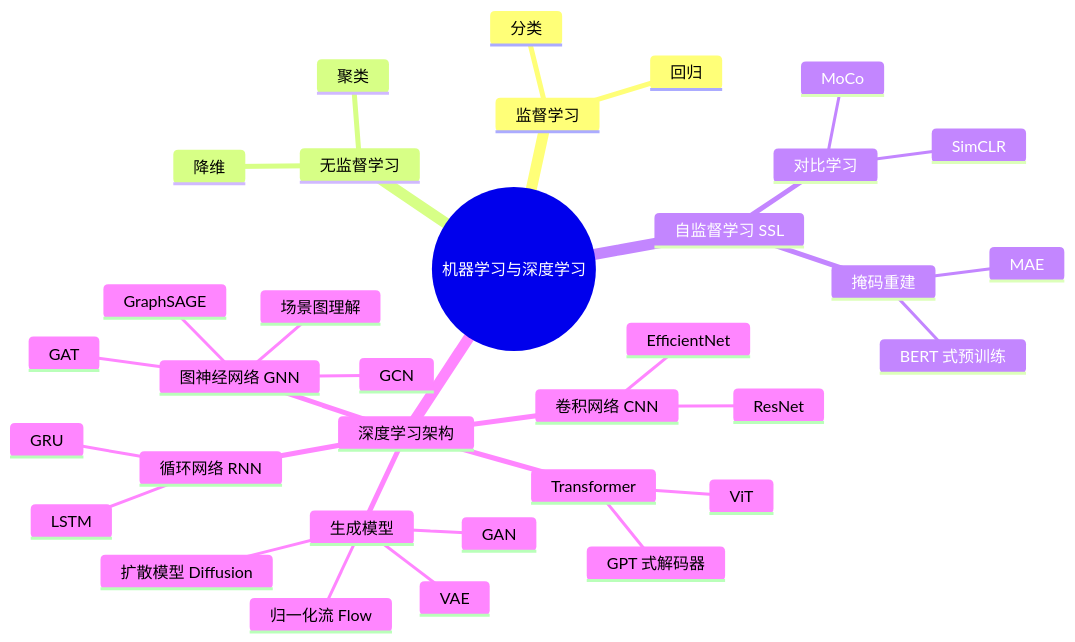
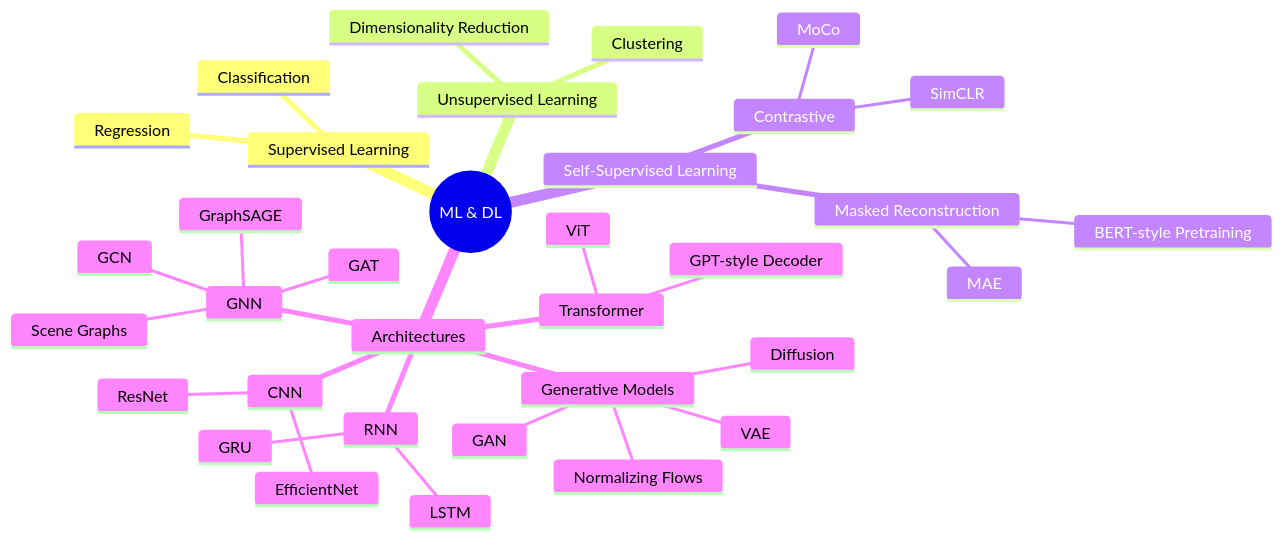
Before and after one commit to GrayLee1210/GrayLee1210: the second of 7 diagrams in README.md, drawn with Mermaid. The commit also changed other lines of this file and 1 other file, not shown here.

````diff
--- a/README.md
+++ b/README.md
@@ -32,37 +45,37 @@
 ```mermaid
 mindmap
-  root((机器学习与深度学习))
-    监督学习
-      分类
-      回归
-    无监督学习
-      聚类
-      降维
-    自监督学习 SSL
-      对比学习
+  root((ML & DL))
+    Supervised Learning
+      Classification
+      Regression
+    Unsupervised Learning
+      Clustering
+      Dimensionality Reduction
+    Self-Supervised Learning
+      Contrastive
         SimCLR
         MoCo
-      掩码重建
+      Masked Reconstruction
         MAE
-        BERT 式预训练
-    深度学习架构
-      卷积网络 CNN
+        BERT-style Pretraining
+    Architectures
+      CNN
         ResNet
         EfficientNet
-      循环网络 RNN
+      RNN
         LSTM
         GRU
       Transformer
         ViT
-        GPT 式解码器
-      图神经网络 GNN
+        GPT-style Decoder
+      GNN
         GCN
         GAT
         GraphSAGE
-        场景图理解
-      生成模型
+        Scene Graphs
+      Generative Models
         GAN
         VAE
-        扩散模型 Diffusion
-        归一化流 Flow
+        Diffusion
+        Normalizing Flows
 ```
````
